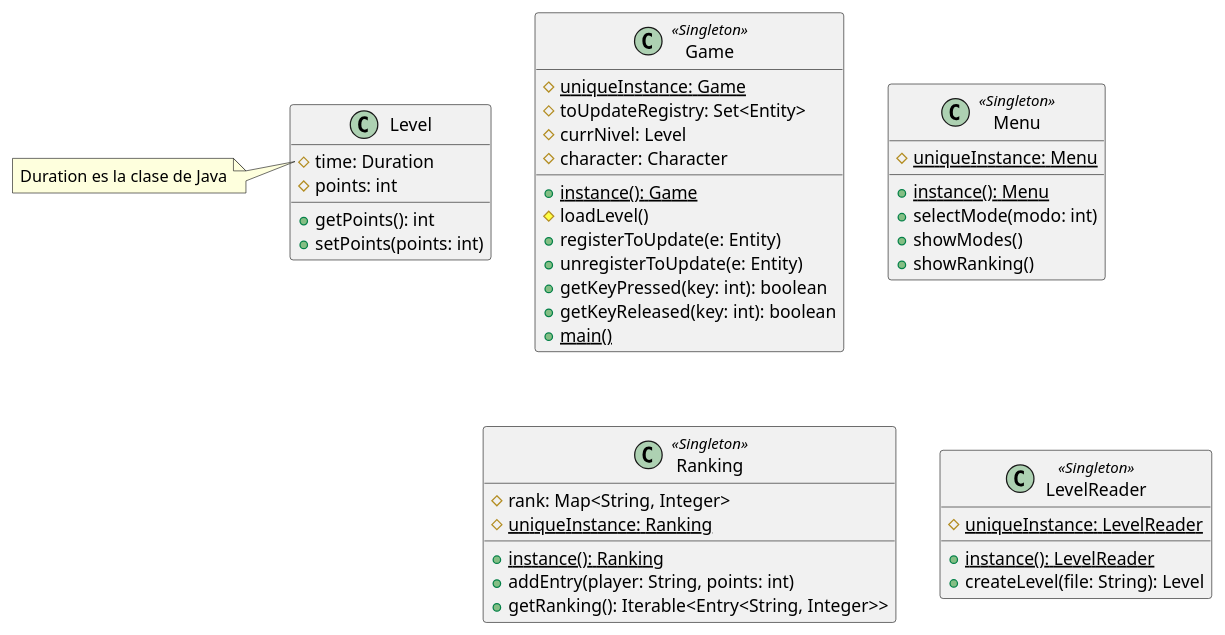
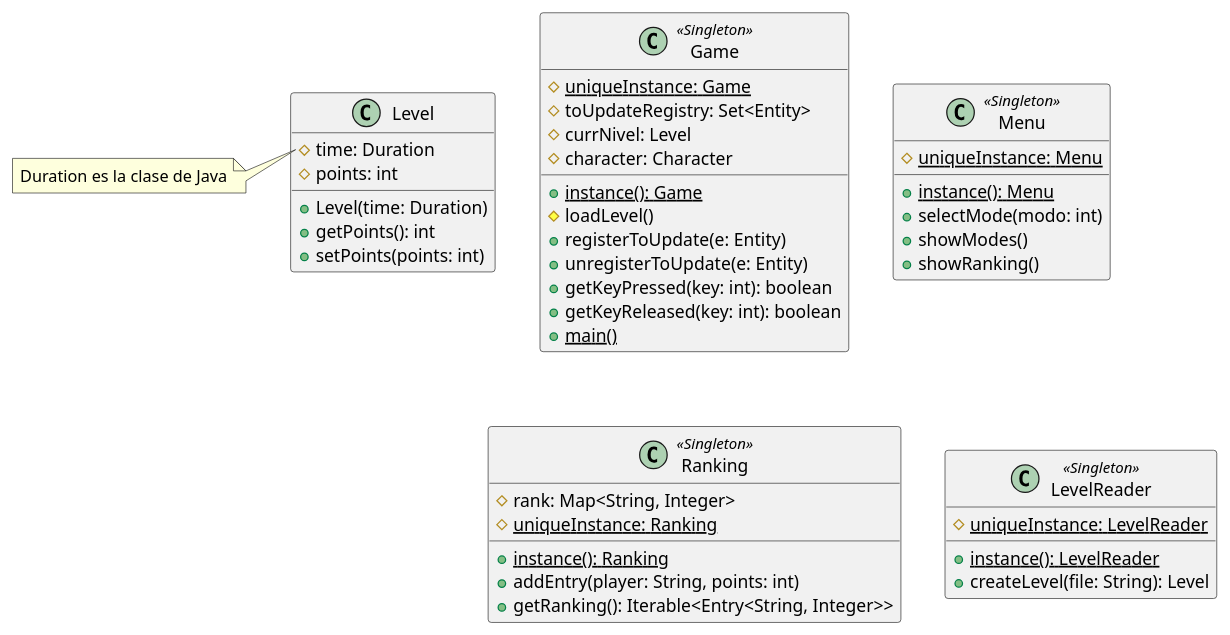
One commit to giuli635/SuperMarioBros changed the diagram in Diagramas/diagramas/diagrama-extendido-game.puml. Above: the diagram before and after it, drawn with PlantUML. The commit also changed 4 other files, not shown here.

```diff
--- a/Diagramas/diagramas/diagrama-extendido-game.puml
+++ b/Diagramas/diagramas/diagrama-extendido-game.puml
@@ -1,48 +1,49 @@
 @startuml
 class Game <<Singleton>> {
     #{static} uniqueInstance: Game
     #toUpdateRegistry: Set<Entity>
     #currNivel: Level
     #character: Character
     +{static} instance(): Game
     #loadLevel()
     +registerToUpdate(e: Entity)
     +unregisterToUpdate(e: Entity)
     +getKeyPressed(key: int): boolean
     +getKeyReleased(key: int): boolean
     +{static} main()
 }
 
 class Level{
     #time: Duration
     #points: int
+    +Level(time: Duration)
     +getPoints(): int
     +setPoints(points: int)
 }
 note left of Level::time
 Duration es la clase de Java
 end note
 
 class Menu <<Singleton>> {
     #{static} uniqueInstance: Menu
     +{static} instance(): Menu
     +selectMode(modo: int)
     +showModes()
     +showRanking()
     ' TODO: implementar la UI del menu
 }
 
 class Ranking <<Singleton>> {
     #rank: Map<String, Integer>
     #{static} uniqueInstance: Ranking
     +{static} instance(): Ranking
     +addEntry(player: String, points: int)
     +getRanking(): Iterable<Entry<String, Integer>>
 }
 
 class LevelReader <<Singleton>> {
     #{static} uniqueInstance: LevelReader
     +{static} instance(): LevelReader
     +createLevel(file: String): Level
 }
 @enduml
```
